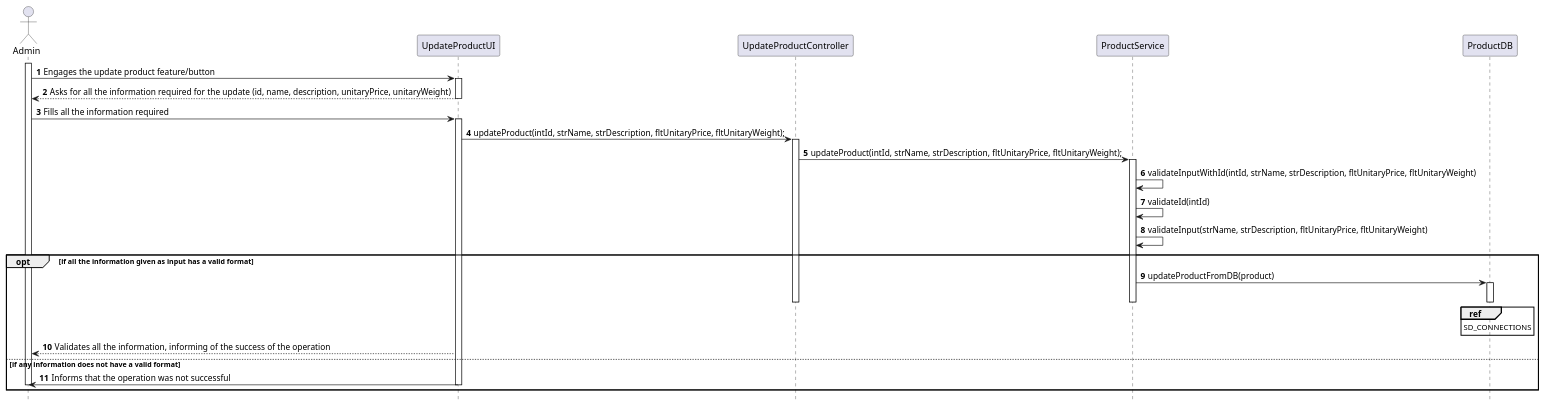
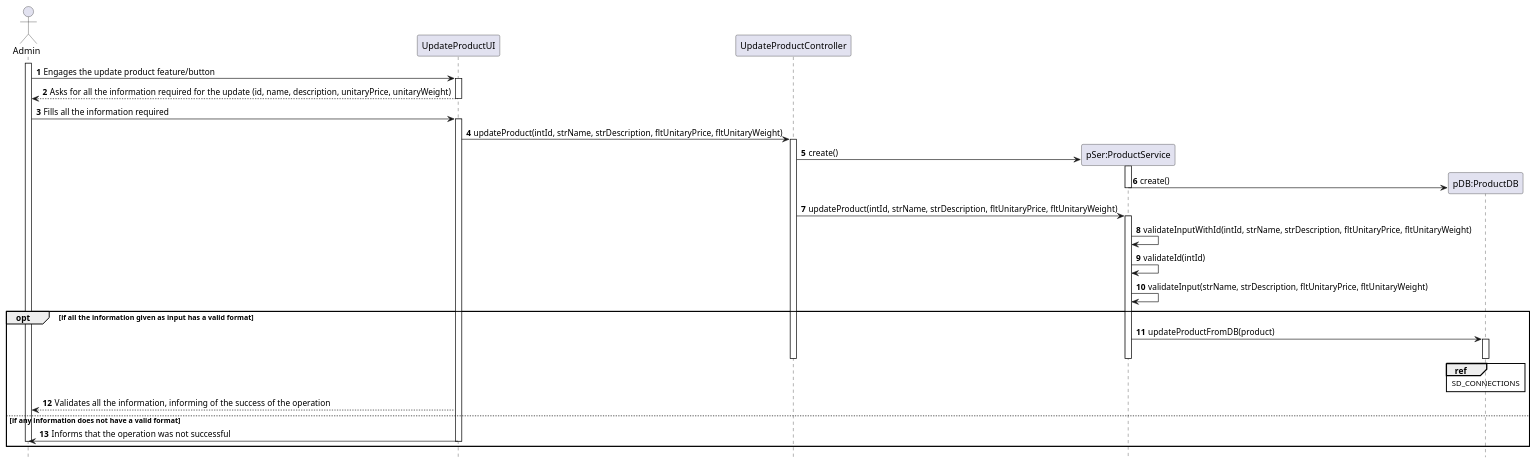
Before and after one commit to tiagoavcosta25/LAPR3: the diagram in docs/Iteration 2/Product Management/Refinement/US71_UpdateProduct/US71_SD.puml, drawn with PlantUML. The commit also changed 9 other files, not shown here.

```diff
--- a/docs/Iteration 2/Product Management/Refinement/US71_UpdateProduct/US71_SD.puml
+++ b/docs/Iteration 2/Product Management/Refinement/US71_UpdateProduct/US71_SD.puml
@@ -1,43 +1,47 @@
 @startuml
 autonumber
 hide footbox
 
 actor "Admin" as U
 
 participant "UpdateProductUI" as UI
 participant "UpdateProductController" as CTRL
-participant "ProductService" as SER
-participant "ProductDB" as DB
+participant "pSer:ProductService" as SER
+participant "pDB:ProductDB" as DB
 
 activate U
 U -> UI : Engages the update product feature/button
 activate UI
 UI --> U : Asks for all the information required for the update (id, name, description, unitaryPrice, unitaryWeight)
 deactivate UI
 U -> UI : Fills all the information required
 activate UI
-UI -> CTRL : updateProduct(intId, strName, strDescription, fltUnitaryPrice, fltUnitaryWeight);
+UI -> CTRL : updateProduct(intId, strName, strDescription, fltUnitaryPrice, fltUnitaryWeight)
 activate CTRL
-CTRL -> SER : updateProduct(intId, strName, strDescription, fltUnitaryPrice, fltUnitaryWeight);
+CTRL -> SER** : create()
+activate SER
+SER -> DB** : create()
+deactivate SER
+CTRL -> SER : updateProduct(intId, strName, strDescription, fltUnitaryPrice, fltUnitaryWeight)
 activate SER
 SER -> SER : validateInputWithId(intId, strName, strDescription, fltUnitaryPrice, fltUnitaryWeight)
 SER -> SER : validateId(intId)
 SER -> SER : validateInput(strName, strDescription, fltUnitaryPrice, fltUnitaryWeight)
 opt if all the information given as input has a valid format
 SER -> DB : updateProductFromDB(product)
 activate DB
 deactivate DB
 ref over DB
 SD_CONNECTIONS
 end ref
 deactivate SER
 deactivate CTRL
 deactivate CTRL
 UI --> U : Validates all the information, informing of the success of the operation
 else if any information does not have a valid format
 UI -> U : Informs that the operation was not successful
 deactivate UI
 deactivate U
 end opt
 
 @enduml
```
